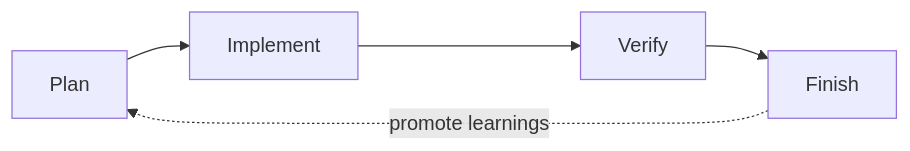
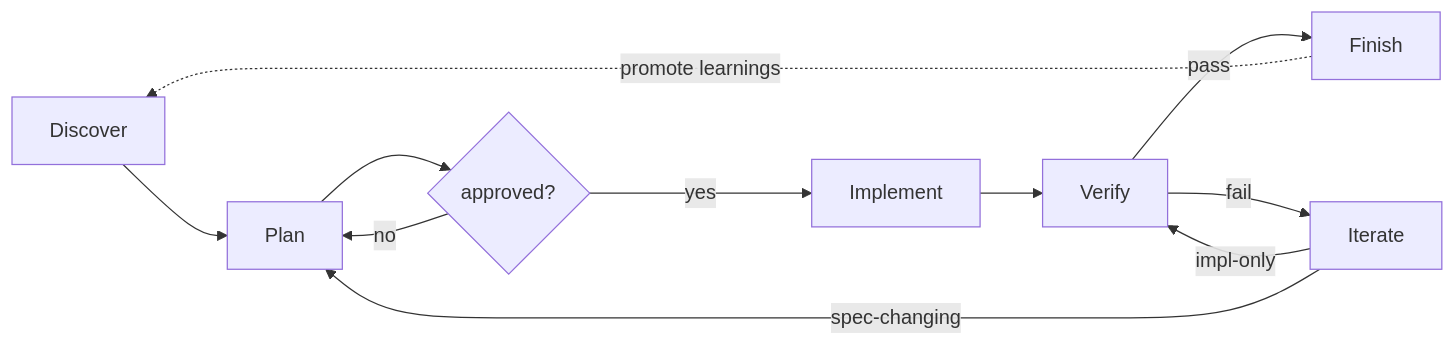
The second of 2 diagrams in README.md (Mininglamp-OSS/octo-spec), drawn with Mermaid before and after one commit. The commit also changed other lines of this file and 29 other files, not shown here.

````diff
--- a/README.md
+++ b/README.md
@@ -130,5 +130,11 @@
 ```mermaid
 flowchart LR
-    P["Plan"] --> I["Implement"] --> V["Verify"] --> F["Finish"]
-    F -.promote learnings.-> P
+    D["Discover"] --> P["Plan"] --> A{"approved?"}
+    A -->|yes| I["Implement"] --> V["Verify"]
+    A -->|no| P
+    V -->|pass| F["Finish"]
+    V -->|fail| IT["Iterate"]
+    IT -->|impl-only| V
+    IT -->|spec-changing| P
+    F -.promote learnings.-> D
 ```
````
